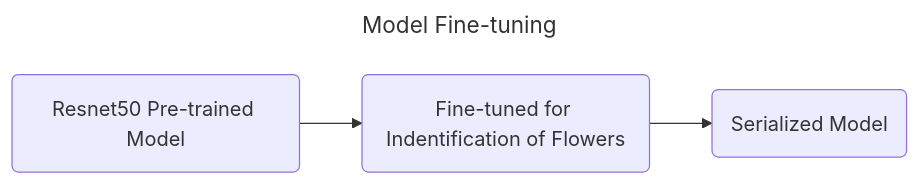
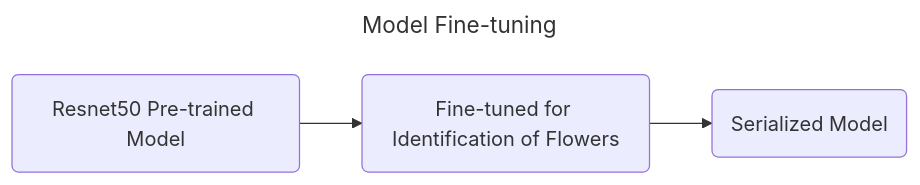
One commit to niharikabalachandra/myblog changed the first of 4 diagrams in posts/image_recognition/index.qmd. Above: the diagram before and after it, drawn with Mermaid. The commit also changed other lines of this file and 17 other files, not shown here.

````diff
--- a/posts/image_recognition/index.qmd
+++ b/posts/image_recognition/index.qmd
@@ -55,8 +55,8 @@
 ```{mermaid}
 ---
 title: Model Fine-tuning
 ---
 flowchart LR
-  A(Resnet50 Pre-trained Model) --> B(Fine-tuned for Indentification of Flowers)
+  A(Resnet50 Pre-trained Model) --> B(Fine-tuned for Identification of Flowers)
   B --> C(Serialized Model)
 ```
````
